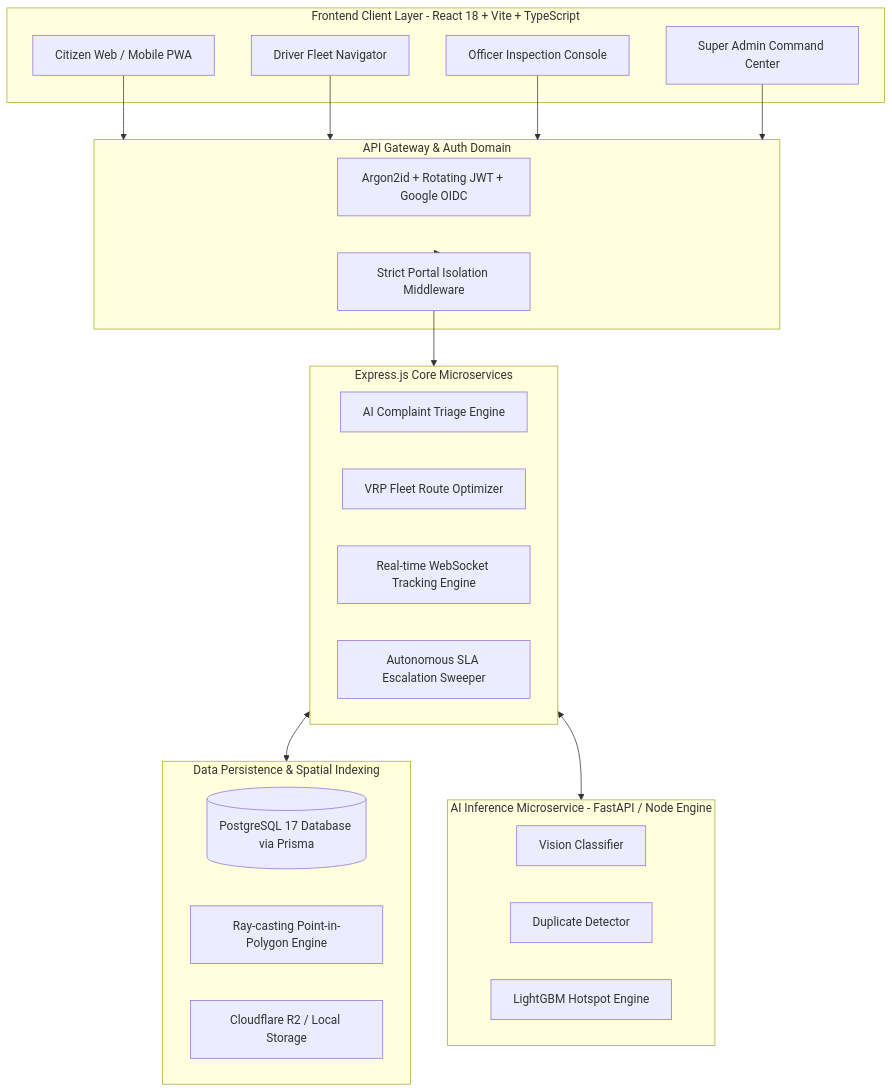
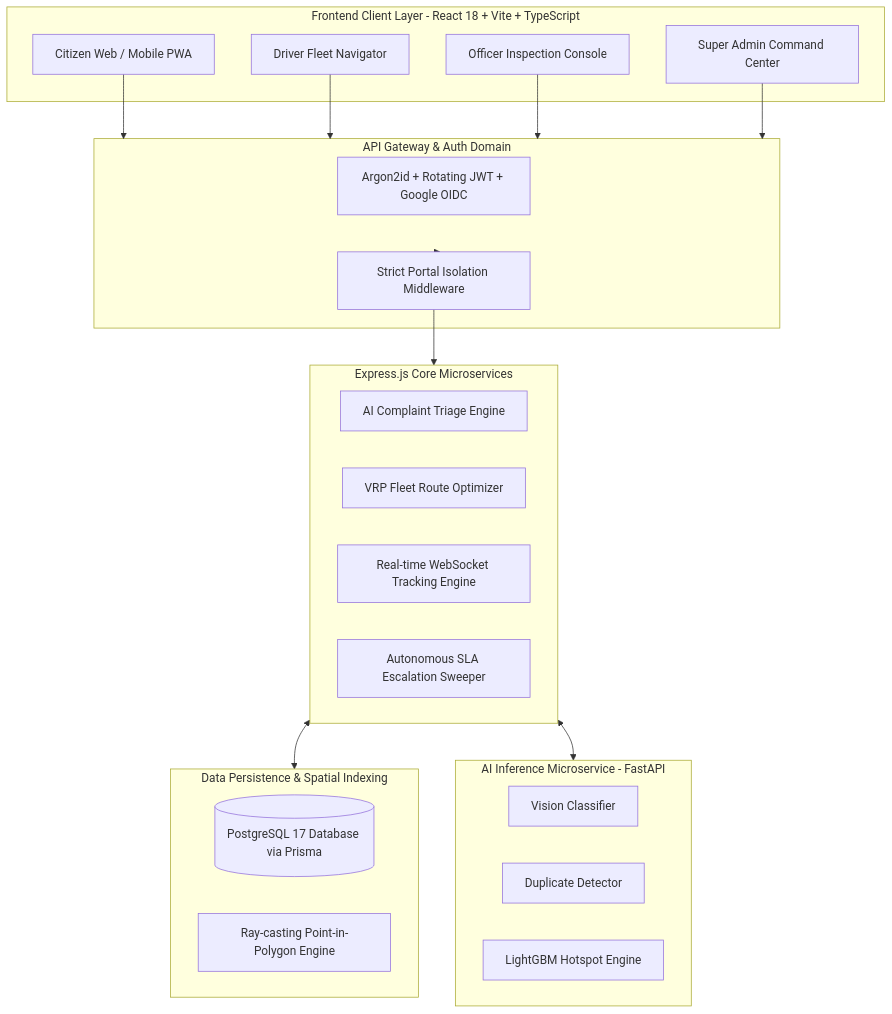
Before and after one commit to Parthh1002/SafaaiSarathi2.0: the second of 2 diagrams in README.md, drawn with Mermaid. The commit also changed other lines of this file, not shown here.

````diff
--- a/README.md
+++ b/README.md
@@ -130,38 +121,37 @@
 ```mermaid
 flowchart TB
     subgraph Client Layer [Frontend Client Layer - React 18 + Vite + TypeScript]
         CP[Citizen Web / Mobile PWA]
         DP[Driver Fleet Navigator]
         OP[Officer Inspection Console]
         AP[Super Admin Command Center]
     end
 
     subgraph Gateway [API Gateway & Auth Domain]
         AUTH[Argon2id + Rotating JWT + Google OIDC]
         ISO[Strict Portal Isolation Middleware]
     end
 
     subgraph Core [Express.js Core Microservices]
         TRIAGE[AI Complaint Triage Engine]
         ROUTE[VRP Fleet Route Optimizer]
         GPS[Real-time WebSocket Tracking Engine]
         ESCALATE[Autonomous SLA Escalation Sweeper]
     end
 
     subgraph Data [Data Persistence & Spatial Indexing]
         PG[(PostgreSQL 17 Database via Prisma)]
         GEO[Ray-casting Point-in-Polygon Engine]
-        STORE[Cloudflare R2 / Local Storage]
     end
 
-    subgraph AIService [AI Inference Microservice - FastAPI / Node Engine]
+    subgraph AIService [AI Inference Microservice - FastAPI]
         CLASS[Vision Classifier]
         SIM[Duplicate Detector]
         PRED[LightGBM Hotspot Engine]
     end
 
     CP & DP & OP & AP --> Gateway
     Gateway --> ISO --> Core
     Core <--> Data
     Core <--> AIService
 ```
````
